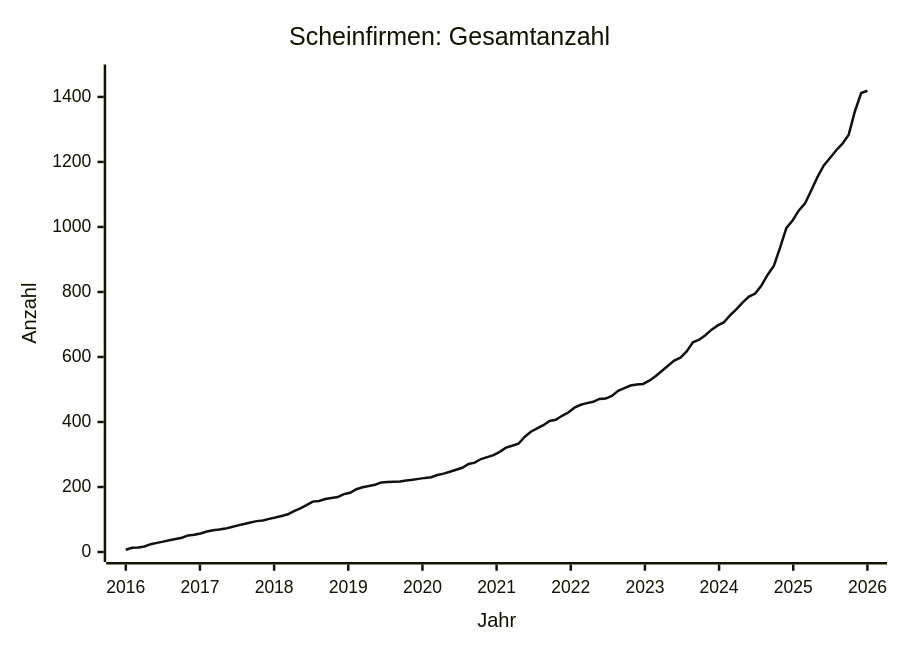
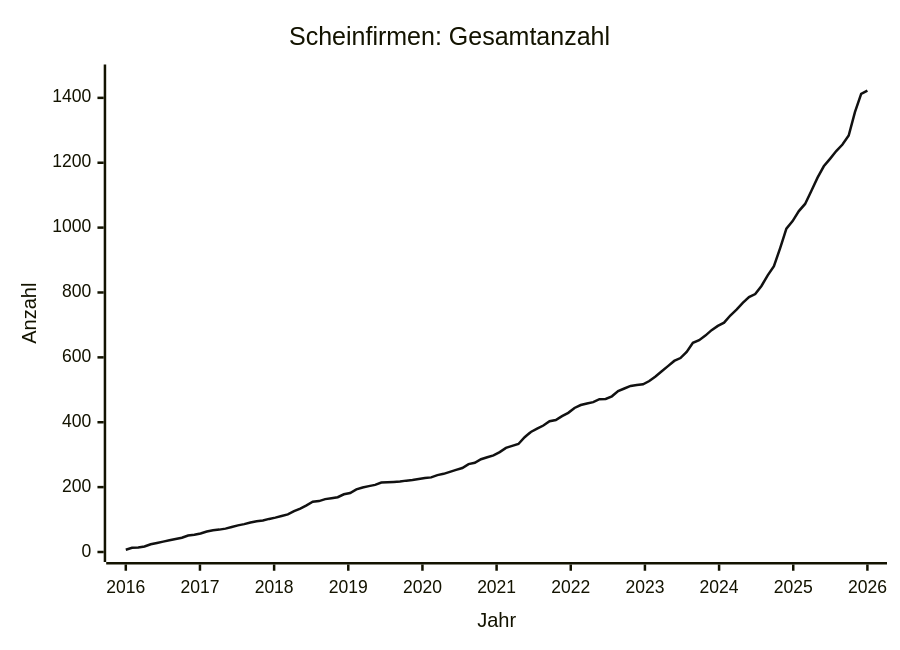
The diagram in data/STATS.md (arjoma/scheinfirmen-at), drawn with Mermaid before and after one commit. The commit also changed other lines of this file and 3 other files, not shown here.

````diff
--- a/data/STATS.md
+++ b/data/STATS.md
@@ -9,13 +9,13 @@
 ```mermaid
 ---
 config:
   themeVariables:
     xyChart:
       plotColorPalette: "#111111"
 ---
 xychart-beta
     title "Scheinfirmen: Gesamtanzahl"
     x-axis "Jahr" 2016 --> 2026
-    y-axis "Anzahl" 0 --> 1469
-    line [7, 13, 14, 17, 24, 28, 32, 36, 40, 44, 51, 53, 57, 63, 67, 69, 72, 77, 82, 86, 91, 95, 97, 102, 106, 111, 116, 126, 134, 144, 155, 157, 163, 166, 169, 178, 182, 193, 199, 203, 207, 214, 215, 216, 217, 220, 222, 225, 228, 230, 237, 241, 247, 253, 259, 271, 275, 286, 292, 298, 308, 321, 327, 333, 354, 370, 380, 390, 403, 407, 419, 429, 444, 453, 458, 462, 471, 472, 480, 496, 504, 512, 515, 517, 527, 541, 557, 573, 589, 598, 617, 645, 653, 667, 684, 697, 707, 729, 747, 768, 786, 795, 820, 853, 881, 937, 997, 1020, 1051, 1073, 1113, 1154, 1189, 1212, 1236, 1256, 1284, 1356, 1412, 1419]
+    y-axis "Anzahl" 0 --> 1472
+    line [7, 13, 14, 17, 24, 28, 32, 36, 40, 44, 51, 53, 57, 63, 67, 69, 72, 77, 82, 86, 91, 95, 97, 102, 106, 111, 116, 126, 134, 144, 155, 157, 163, 166, 169, 178, 182, 193, 199, 203, 207, 214, 215, 216, 217, 220, 222, 225, 228, 230, 237, 241, 247, 253, 259, 271, 275, 286, 292, 298, 308, 321, 327, 333, 354, 370, 380, 390, 403, 407, 419, 429, 444, 453, 458, 462, 471, 472, 480, 496, 504, 512, 515, 517, 527, 541, 557, 573, 589, 598, 617, 645, 653, 667, 684, 697, 707, 729, 747, 768, 786, 795, 820, 853, 881, 937, 997, 1020, 1051, 1073, 1113, 1154, 1189, 1212, 1236, 1256, 1284, 1356, 1412, 1422]
 ```
````
